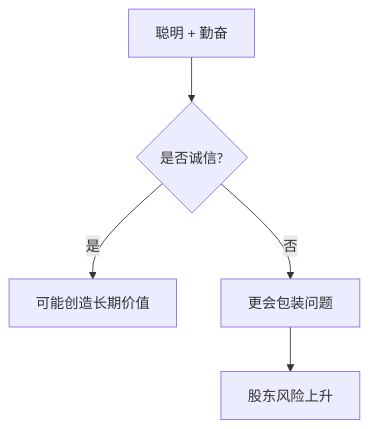
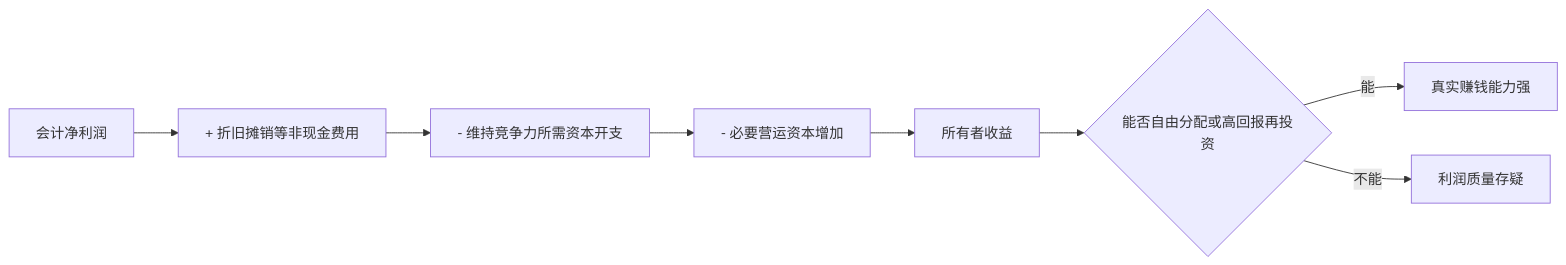
The diagram in 202605/20260519_08.md (digoal/blog), drawn with Mermaid before and after one commit. The commit also changed other lines of this file and 51 other files, not shown here.

````diff
--- a/202605/20260519_08.md
+++ b/202605/20260519_08.md
@@ -22,7 +24,10 @@
 ```mermaid
-flowchart TD
-  A["聪明 + 勤奋"] --> B{"是否诚信?"}
-  B -- "是" --> C["可能创造长期价值"]
-  B -- "否" --> D["更会包装问题"]
-  D --> E["股东风险上升"]
+flowchart LR
+  A["会计净利润"] --> B["+ 折旧摊销等非现金费用"]
+  B --> C["- 维持竞争力所需资本开支"]
+  C --> D["- 必要营运资本增加"]
+  D --> E["所有者收益"]
+  E --> F{"能否自由分配或高回报再投资"}
+  F -- "能" --> G["真实赚钱能力强"]
+  F -- "不能" --> H["利润质量存疑"]
 ```
````
